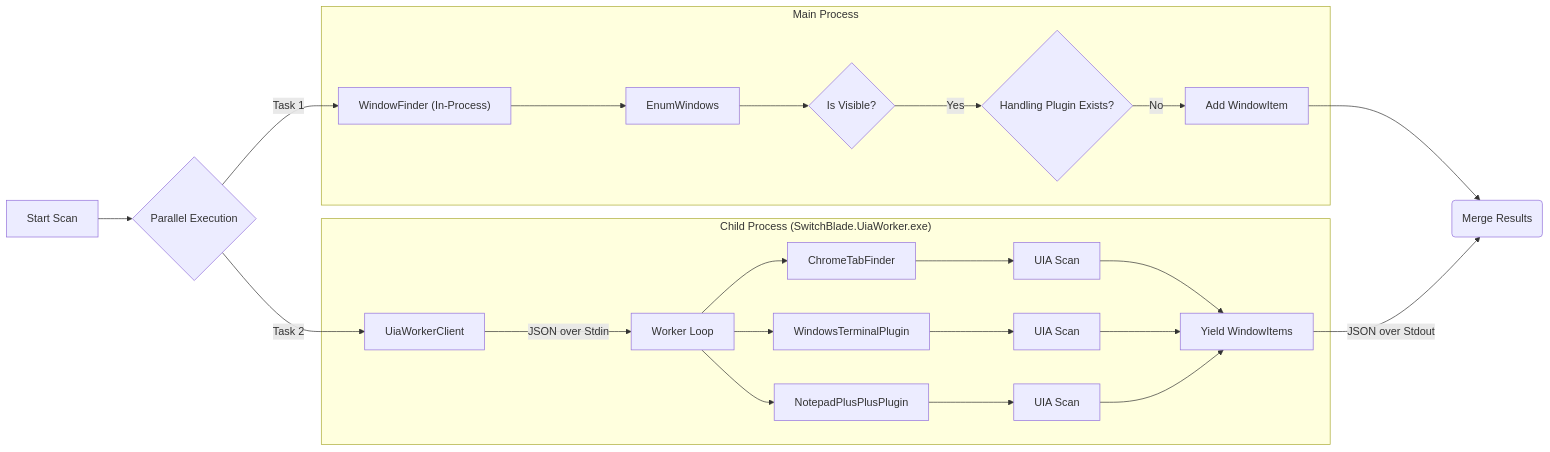
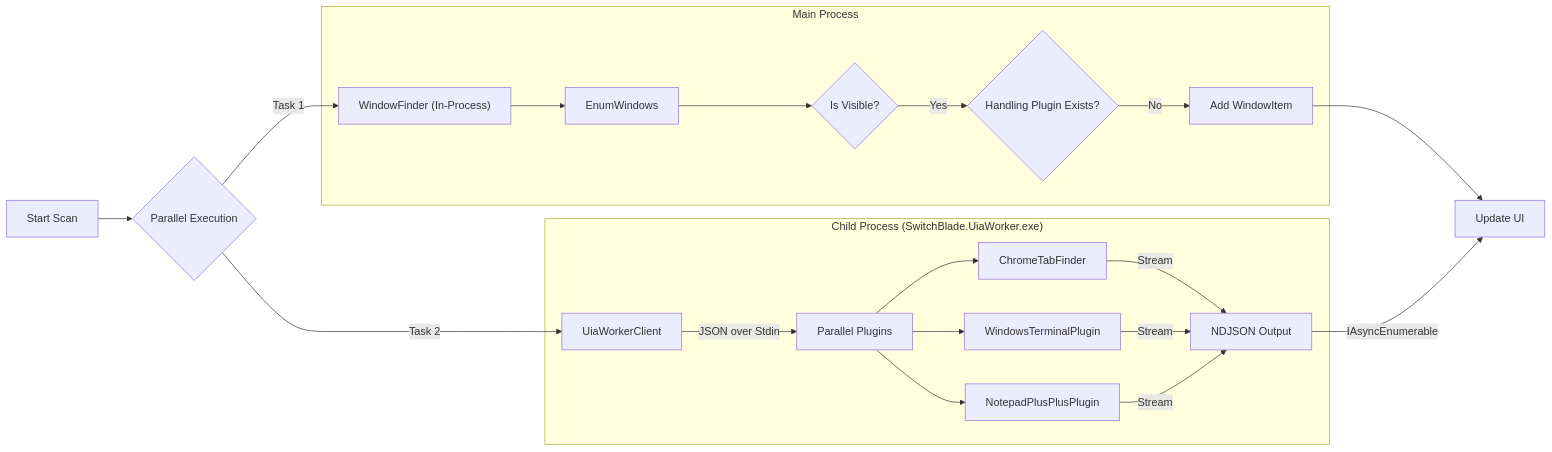
Before and after one commit to jamesericwong/switchblade: the fifth of 7 diagrams in README.md, drawn with Mermaid. The commit also changed other lines of this file and 13 other files, not shown here.

Commit message:
Implement parallel UIA plugin execution and streaming NDJSON results for incremental UI updates

````diff
--- a/README.md
+++ b/README.md
@@ -235,31 +269,27 @@
 ```mermaid
 flowchart LR
     Start[Start Scan] --> Parallel{Parallel Execution}
     Parallel -->|Task 1| WF["WindowFinder (In-Process)"]
     Parallel -->|Task 2| UIA[UiaWorkerClient]
     
     subgraph "Main Process"
         WF --> Enum[EnumWindows]
         Enum --> Filter{Is Visible?}
         Filter -- Yes --> Exclude{Handling Plugin Exists?}
         Exclude -- No --> Result1[Add WindowItem]
     end
 
     subgraph "Child Process (SwitchBlade.UiaWorker.exe)"
-        UIA -->|JSON over Stdin| Worker[Worker Loop]
-        Worker --> CTF[ChromeTabFinder]
-        Worker --> WTP[WindowsTerminalPlugin]
-        Worker --> NPP[NotepadPlusPlusPlugin]
+        UIA -->|JSON over Stdin| Plugins[Parallel Plugins]
+        Plugins --> CTF[ChromeTabFinder]
+        Plugins --> WTP[WindowsTerminalPlugin]
+        Plugins --> NPP[NotepadPlusPlusPlugin]
         
-        CTF --> Scan1[UIA Scan]
-        WTP --> Scan2[UIA Scan]
-        NPP --> Scan3[UIA Scan]
-        
-        Scan1 --> Result2[Yield WindowItems]
-        Scan2 --> Result2
-        Scan3 --> Result2
+        CTF -->|Stream| NDJSON[NDJSON Output]
+        WTP -->|Stream| NDJSON
+        NPP -->|Stream| NDJSON
     end
     
-    Result1 --> Merge(Merge Results)
-    Result2 -->|JSON over Stdout| Merge
+    Result1 --> UI[Update UI]
+    NDJSON -->|IAsyncEnumerable| UI
 ```
````
